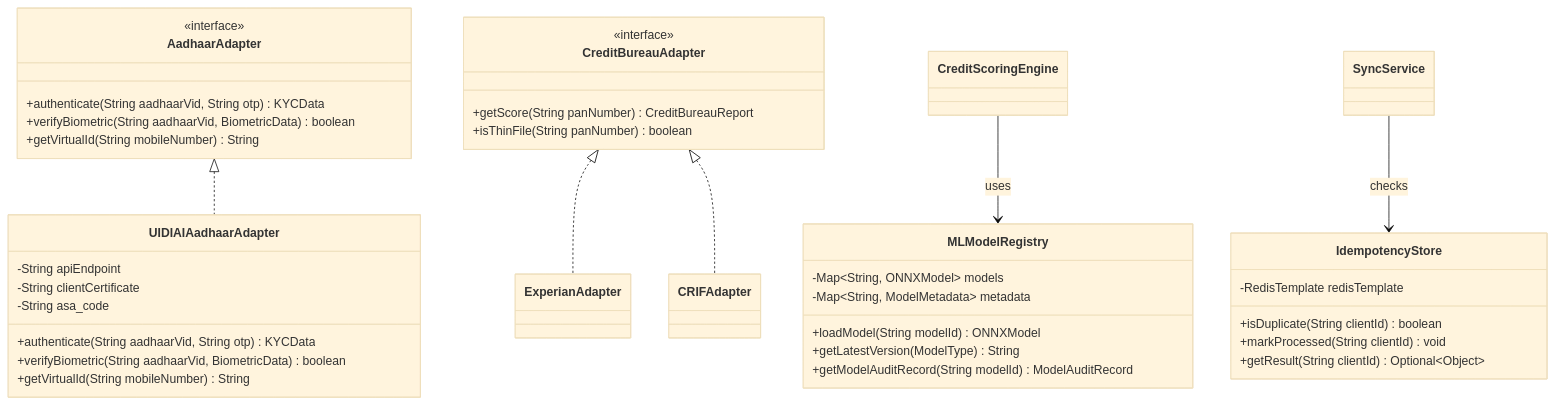
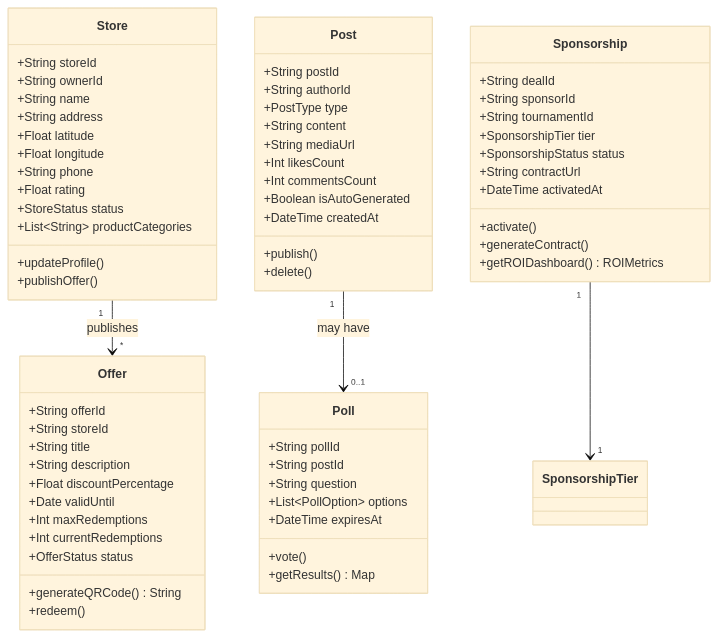
One commit to adityasinghz/kata changed the fifth of 5 diagrams in CLASS_DIAGRAM.md. Above: the diagram before and after it, drawn with Mermaid (base theme). The commit also changed other lines of this file and 25 other files, not shown here.

````diff
--- a/CLASS_DIAGRAM.md
+++ b/CLASS_DIAGRAM.md
@@ -339,45 +352,72 @@
 ```mermaid
 classDiagram
-    class AadhaarAdapter {
-        <<interface>>
-        +authenticate(String aadhaarVid, String otp) KYCData
-        +verifyBiometric(String aadhaarVid, BiometricData) boolean
-        +getVirtualId(String mobileNumber) String
+    class Store {
+        +String storeId
+        +String ownerId
+        +String name
+        +String address
+        +Float latitude
+        +Float longitude
+        +String phone
+        +Float rating
+        +StoreStatus status
+        +List~String~ productCategories
+        +updateProfile()
+        +publishOffer()
     }
 
-    class UIDIAIAadhaarAdapter {
-        -String apiEndpoint
-        -String clientCertificate
-        -String asa_code
-        +authenticate(String aadhaarVid, String otp) KYCData
-        +verifyBiometric(String aadhaarVid, BiometricData) boolean
-        +getVirtualId(String mobileNumber) String
+    class Offer {
+        +String offerId
+        +String storeId
+        +String title
+        +String description
+        +Float discountPercentage
+        +Date validUntil
+        +Int maxRedemptions
+        +Int currentRedemptions
+        +OfferStatus status
+        +generateQRCode() String
+        +redeem()
     }
 
-    class CreditBureauAdapter {
-        <<interface>>
-        +getScore(String panNumber) CreditBureauReport
-        +isThinFile(String panNumber) boolean
+    class Post {
+        +String postId
+        +String authorId
+        +PostType type
+        +String content
+        +String mediaUrl
+        +Int likesCount
+        +Int commentsCount
+        +Boolean isAutoGenerated
+        +DateTime createdAt
+        +publish()
+        +delete()
     }
 
-    class MLModelRegistry {
-        -Map~String, ONNXModel~ models
-        -Map~String, ModelMetadata~ metadata
-        +loadModel(String modelId) ONNXModel
-        +getLatestVersion(ModelType) String
-        +getModelAuditRecord(String modelId) ModelAuditRecord
+    class Poll {
+        +String pollId
+        +String postId
+        +String question
+        +List~PollOption~ options
+        +DateTime expiresAt
+        +vote()
+        +getResults() Map
     }
 
-    class IdempotencyStore {
-        -RedisTemplate redisTemplate
-        +isDuplicate(String clientId) boolean
-        +markProcessed(String clientId) void
-        +getResult(String clientId) Optional~Object~
+    class Sponsorship {
+        +String dealId
+        +String sponsorId
+        +String tournamentId
+        +SponsorshipTier tier
+        +SponsorshipStatus status
+        +String contractUrl
+        +DateTime activatedAt
+        +activate()
+        +generateContract()
+        +getROIDashboard() ROIMetrics
     }
 
-    AadhaarAdapter <|.. UIDIAIAadhaarAdapter
-    CreditBureauAdapter <|.. ExperianAdapter
-    CreditBureauAdapter <|.. CRIFAdapter
-    CreditScoringEngine --> MLModelRegistry : uses
-    SyncService --> IdempotencyStore : checks
+    Store "1" --> "*" Offer : publishes
+    Post "1" --> "0..1" Poll : may have
+    Sponsorship "1" --> "1" SponsorshipTier
 ```
````
